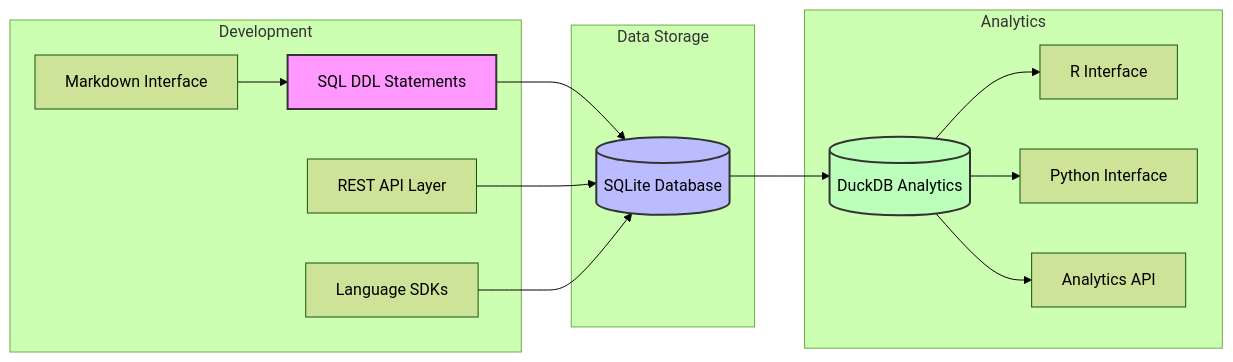
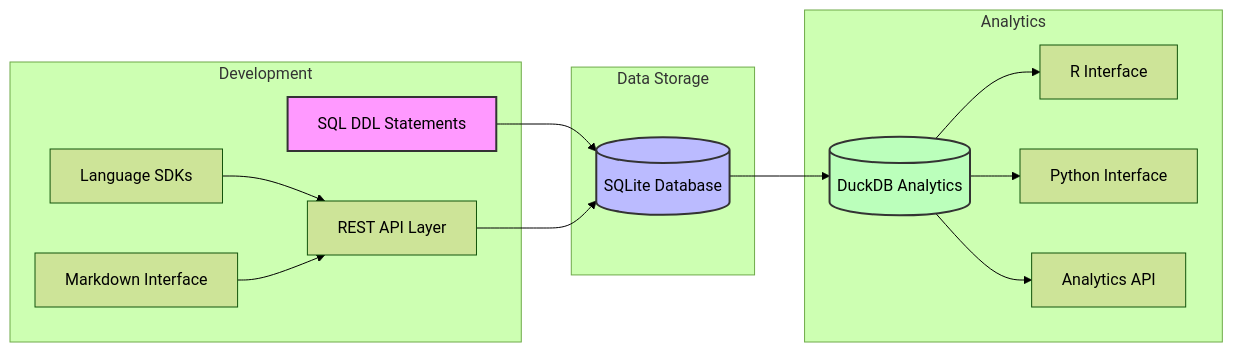
One commit to jacobmpeters/questSQL changed the first of 5 diagrams in README.md. Above: the diagram before and after it, drawn with Mermaid (forest theme). The commit also changed other lines of this file, not shown here.

Commit message:
docs: restructure README to show progressive implementation with intermediate diagrams

````diff
--- a/README.md
+++ b/README.md
@@ -37,34 +37,34 @@
 ```mermaid
 graph LR
     subgraph Development
         DDL[SQL DDL Statements]
         API[REST API Layer]
         SDK[Language SDKs]
         MD[Markdown Interface]
     end
 
     subgraph Data Storage
         SQLite[(SQLite Database)]
     end
 
     subgraph Analytics
         DuckDB[(DuckDB Analytics)]
         R[R Interface]
         Python[Python Interface]
         API2[Analytics API]
     end
 
     DDL --> SQLite
     API --> SQLite
-    SDK --> SQLite
-    MD --> DDL
+    SDK --> API
+    MD --> API
 
     SQLite --> DuckDB
     DuckDB --> R
     DuckDB --> Python
     DuckDB --> API2
 
     style DDL fill:#f9f,stroke:#333,stroke-width:2px
     style SQLite fill:#bbf,stroke:#333,stroke-width:2px
     style DuckDB fill:#bfb,stroke:#333,stroke-width:2px
 ```
````
